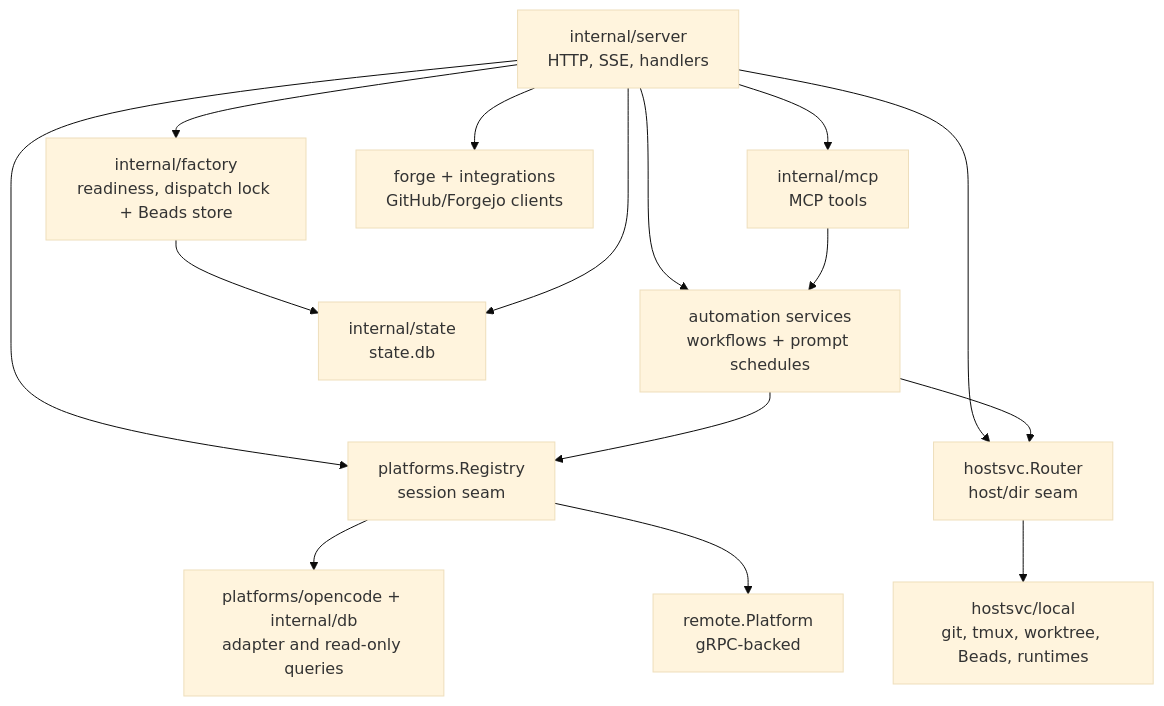
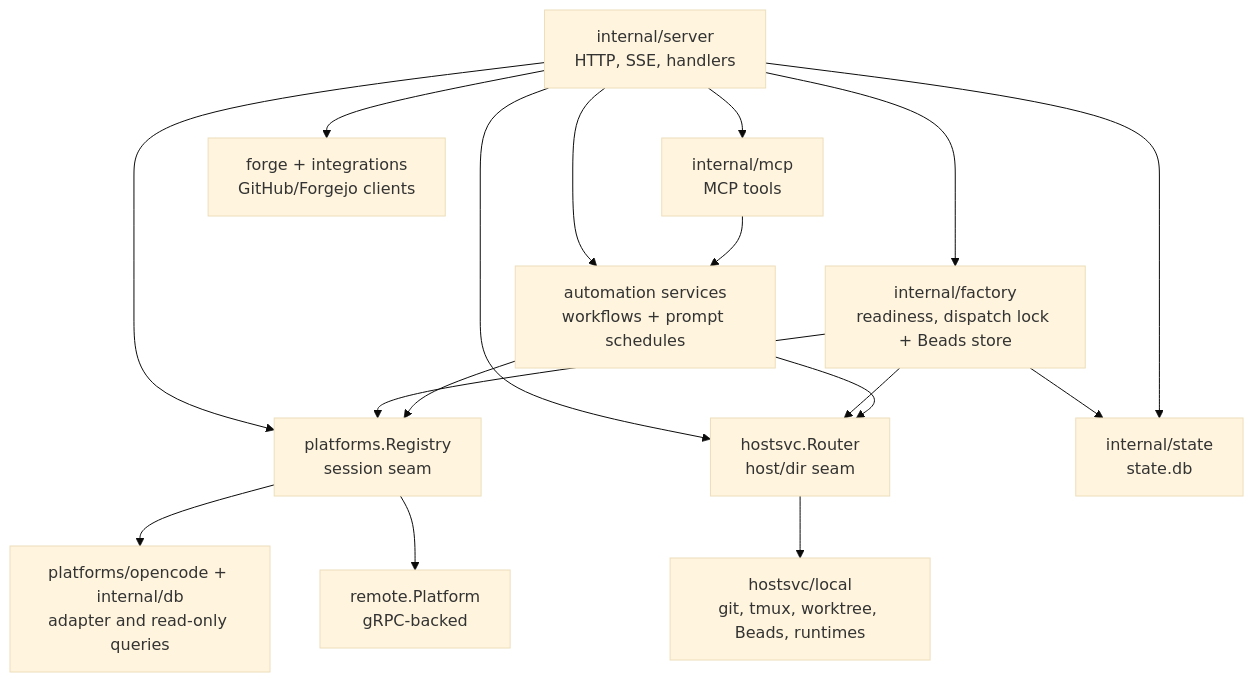
Before and after one commit to ocman/ocman: the third of 5 diagrams in docs/other/architecture.md, drawn with Mermaid (base theme). The commit also changed other lines of this file and 20 other files, not shown here.

````diff
--- a/docs/other/architecture.md
+++ b/docs/other/architecture.md
@@ -88,17 +88,19 @@
 ```mermaid
 flowchart TD
     Server[internal/server<br/>HTTP, SSE, handlers] --> Registry[platforms.Registry<br/>session seam]
     Server --> Router[hostsvc.Router<br/>host/dir seam]
     Server --> Workflows[automation services<br/>workflows + prompt schedules]
     Server --> Factory[internal/factory<br/>readiness, dispatch lock + Beads store]
     Factory --> State
+	Factory --> Registry
+	Factory --> Router
     Workflows --> Registry
     Workflows --> Router
     Server --> MCP[internal/mcp<br/>MCP tools]
     MCP --> Workflows
     Registry --> OC[platforms/opencode + internal/db<br/>adapter and read-only queries]
     Registry --> RP[remote.Platform<br/>gRPC-backed]
     Router --> Local[hostsvc/local<br/>git, tmux, worktree, Beads, runtimes]
     Server --> State[internal/state<br/>state.db]
     Server --> Forge[forge + integrations<br/>GitHub/Forgejo clients]
 ```
````
